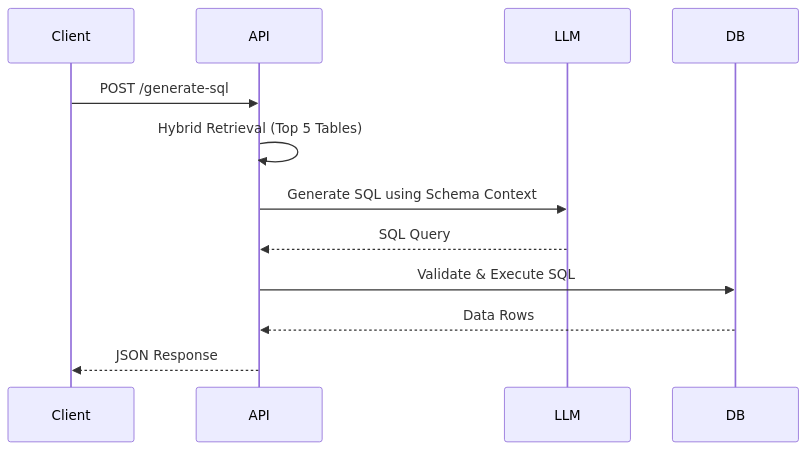
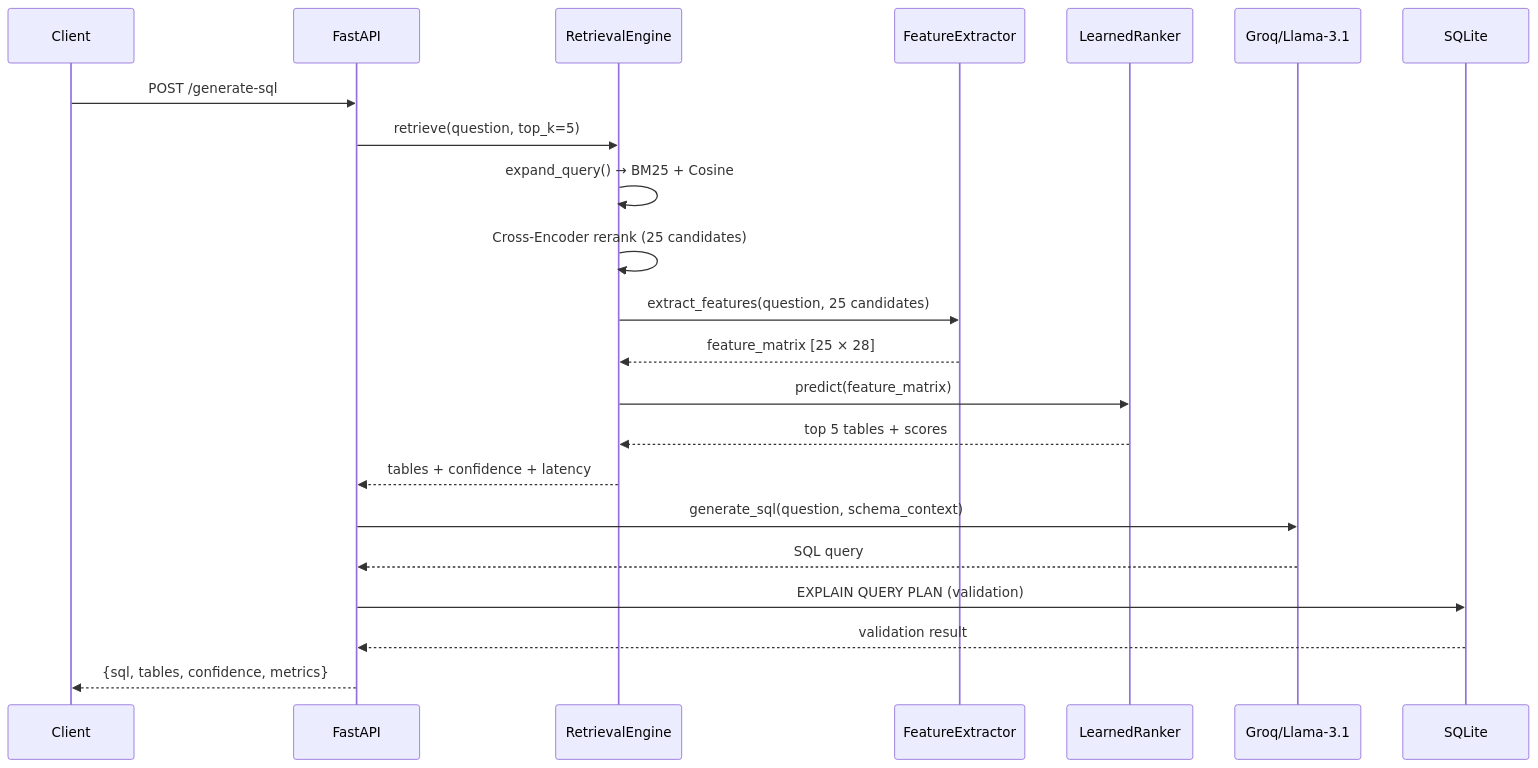
Before and after one commit to ANANYA542/text-to-sql-api: the third of 3 diagrams in README.md, drawn with Mermaid. The commit also changed other lines of this file and 17 other files, not shown here.

Commit message:
feat: replace heuristic table reranking with learned ranker and implement monitoring dashboard

````diff
--- a/README.md
+++ b/README.md
@@ -75,15 +110,25 @@
 ```mermaid
 sequenceDiagram
     participant Client
-    participant API
-    participant LLM
-    participant DB
+    participant API as FastAPI
+    participant Ret as RetrievalEngine
+    participant FE as FeatureExtractor
+    participant ML as LearnedRanker
+    participant LLM as Groq/Llama-3.1
+    participant DB as SQLite
 
     Client->>API: POST /generate-sql
-    API->>API: Hybrid Retrieval (Top 5 Tables)
-    API->>LLM: Generate SQL using Schema Context
-    LLM-->>API: SQL Query
-    API->>DB: Validate & Execute SQL
-    DB-->>API: Data Rows
-    API-->>Client: JSON Response
+    API->>Ret: retrieve(question, top_k=5)
+    Ret->>Ret: expand_query() → BM25 + Cosine
+    Ret->>Ret: Cross-Encoder rerank (25 candidates)
+    Ret->>FE: extract_features(question, 25 candidates)
+    FE-->>Ret: feature_matrix [25 × 28]
+    Ret->>ML: predict(feature_matrix)
+    ML-->>Ret: top 5 tables + scores
+    Ret-->>API: tables + confidence + latency
+    API->>LLM: generate_sql(question, schema_context)
+    LLM-->>API: SQL query
+    API->>DB: EXPLAIN QUERY PLAN (validation)
+    DB-->>API: validation result
+    API-->>Client: {sql, tables, confidence, metrics}
 ```
````
